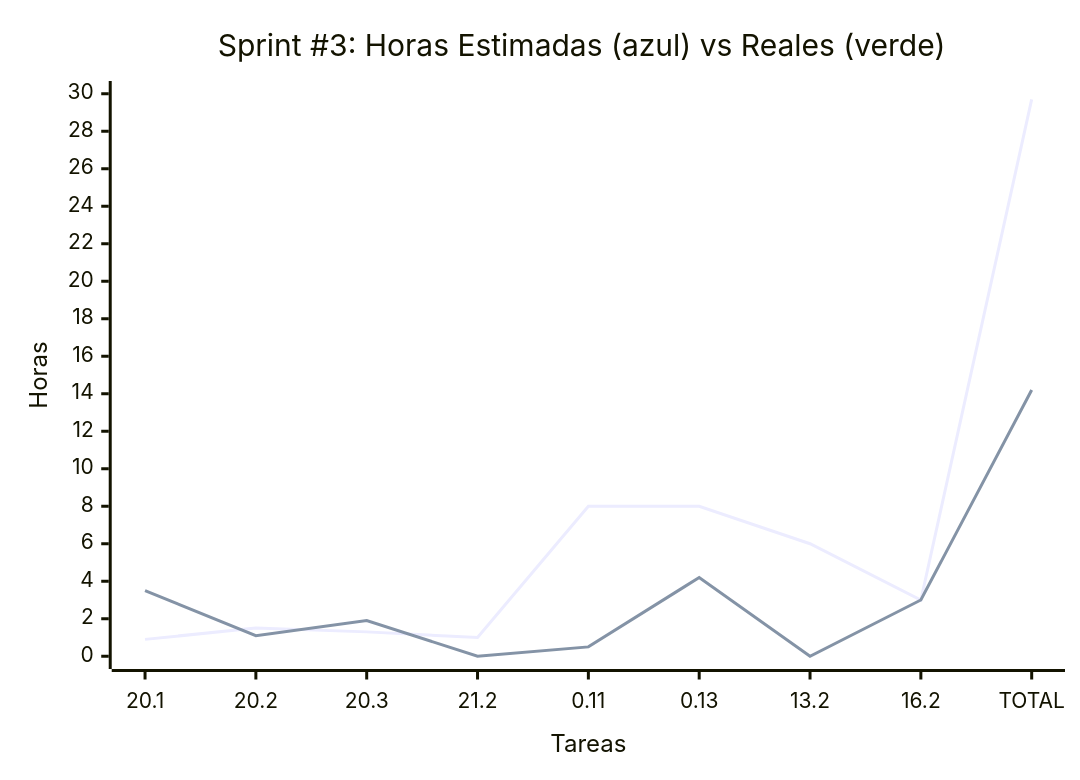
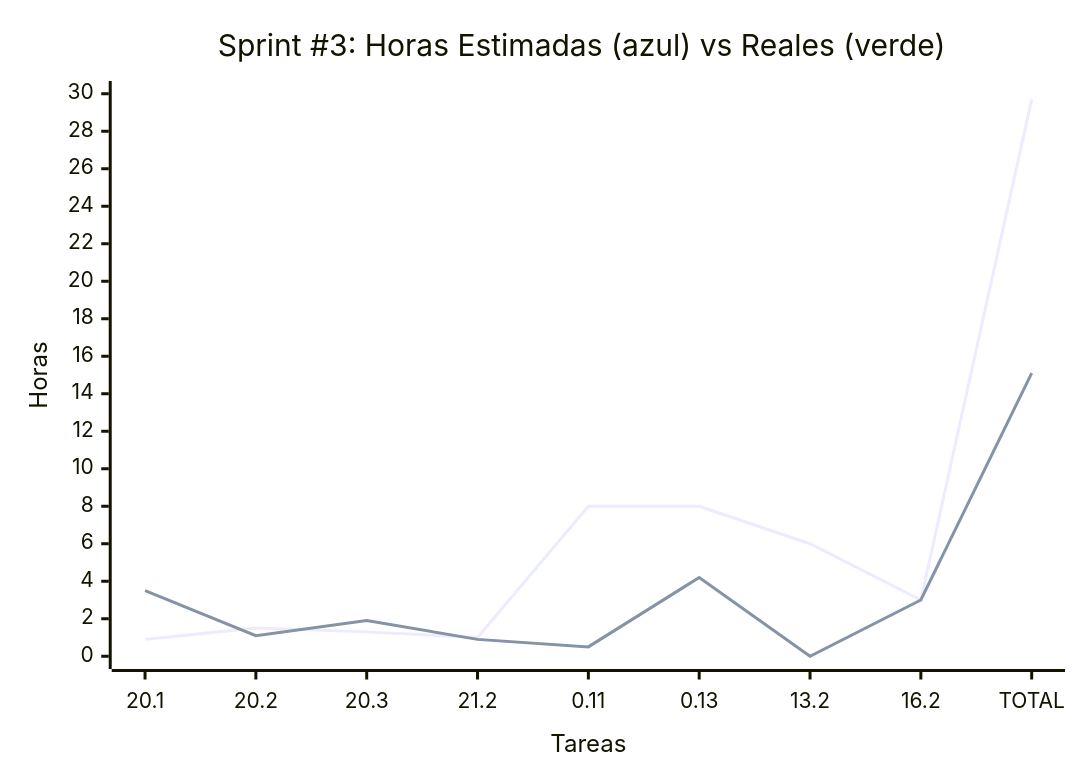
Before and after one commit to MarkMed/FleetMan: the third of 3 diagrams in docs/SprintsPlanning.md, drawn with Mermaid. The commit also changed other lines of this file, not shown here.

````diff
--- a/docs/SprintsPlanning.md
+++ b/docs/SprintsPlanning.md
@@ -141,12 +141,12 @@
 ```mermaid
 xychart-beta
     title "Sprint #3: Horas Estimadas #40;azul#41; vs Reales #40;verde#41;"
     x-axis "Tareas" ["20.1", "20.2", "20.3", "21.2", "0.11", "0.13", "13.2", "16.2", "TOTAL"]
     y-axis "Horas" 0 --> 30
 	
 	%% Green line
     line [0.9, 1.5, 1.3, 1, 8, 8, 6, 3, 29.7]
 
 	%% Black line
-    line [3.5, 1.1, 1.9, 0, 0.5, 4.2, 0, 3, 14.2]
+    line [3.5, 1.1, 1.9, 0.9, 0.5, 4.2, 0, 3, 15.1]
 ```
````
